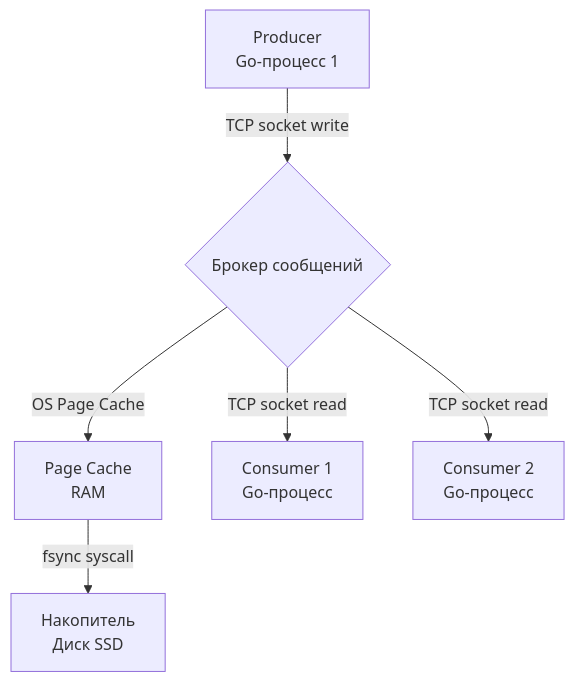
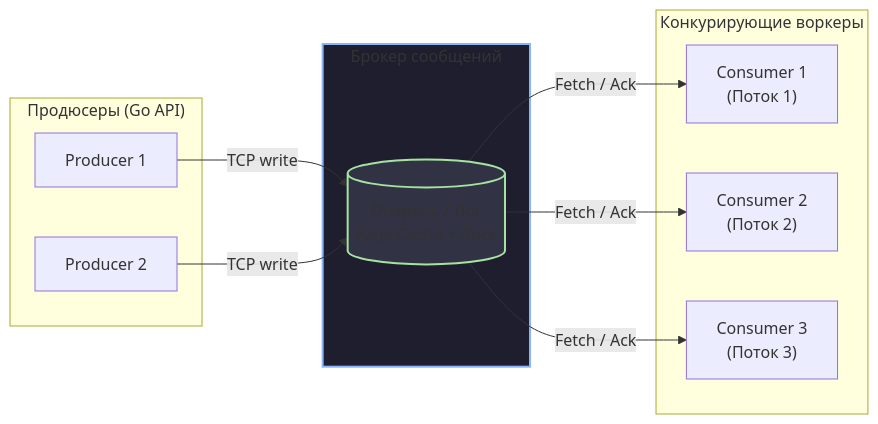
One commit to UnrealTemplier/go-textbook changed the diagram in sources/13. Очереди, брокеры сообщений и оркестраторы/01. Фундамент асинхронности/3. Очереди сообщений. Зачем они нужны.md. Above: the diagram before and after it, drawn with Mermaid. The commit also changed other lines of this file, not shown here.

````diff
--- a/sources/13. Очереди, брокеры сообщений и оркестраторы/01. Фундамент асинхронности/3. Очереди сообщений. Зачем они нужны.md
+++ b/sources/13. Очереди, брокеры сообщений и оркестраторы/01. Фундамент асинхронности/3. Очереди сообщений. Зачем они нужны.md
@@ -48,8 +111,26 @@
 ```mermaid
-flowchart TD
-    A["Producer<br>Go-процесс 1"]-->|TCP socket write|B{"Брокер сообщений"}
-    B-->|OS Page Cache|C["Page Cache<br>RAM"]
-    C-->|fsync syscall|D["Накопитель<br>Диск SSD"]
-    B-->|TCP socket read|E["Consumer 1<br>Go-процесс"]
-    B-->|TCP socket read|F["Consumer 2<br>Go-процесс"]
+flowchart LR
+    subgraph Producers["Продюсеры (Go API)"]
+        P1["Producer 1"]
+        P2["Producer 2"]
+    end
+
+    subgraph Cluster["Брокер сообщений"]
+        Q[("Очередь / Лог<br>Page Cache + Диск")]
+    end
+
+    subgraph Consumers["Конкурирующие воркеры"]
+        C1["Consumer 1<br>(Поток 1)"]
+        C2["Consumer 2<br>(Поток 2)"]
+        C3["Consumer 3<br>(Поток 3)"]
+    end
+
+    P1 -->|"TCP write"| Q
+    P2 -->|"TCP write"| Q
+    Q -->|"Fetch / Ack"| C1
+    Q -->|"Fetch / Ack"| C2
+    Q -->|"Fetch / Ack"| C3
+
+    style Cluster fill:#1e1e2e,stroke:#89b4fa,stroke-width:2px
+    style Q fill:#313244,stroke:#a6e3a1,stroke-width:2px
 ```
````
